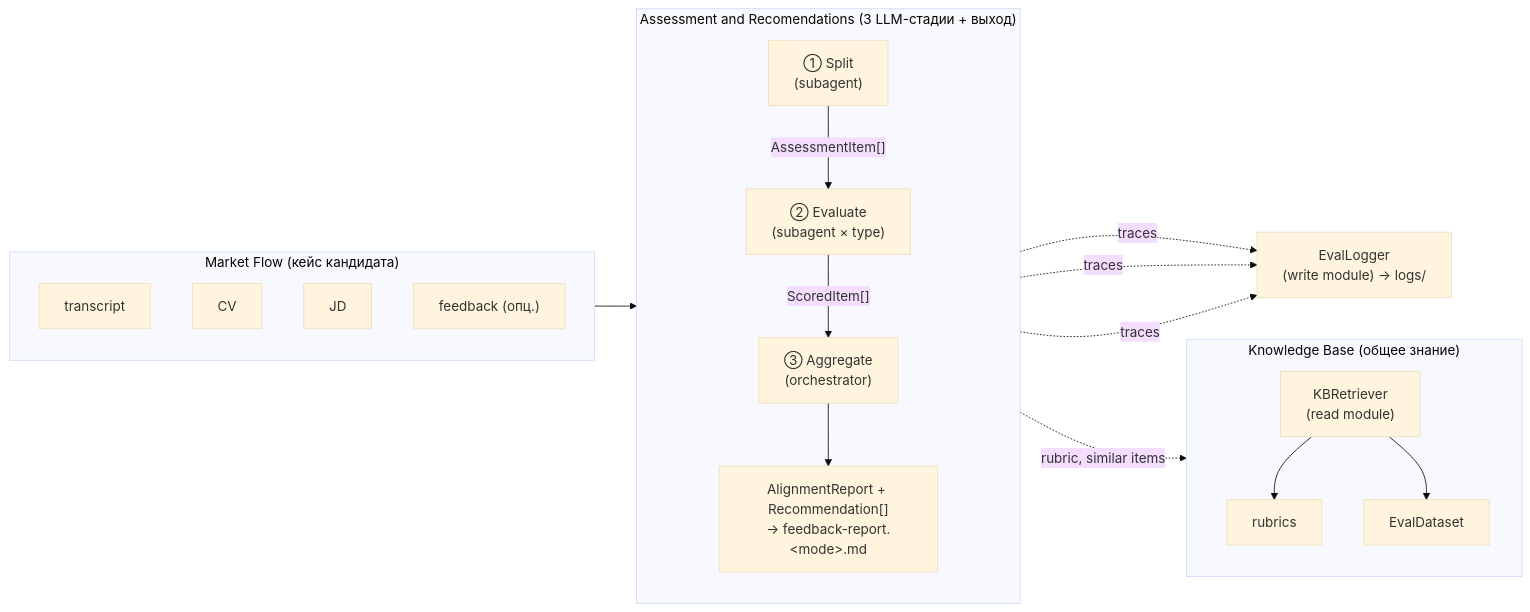
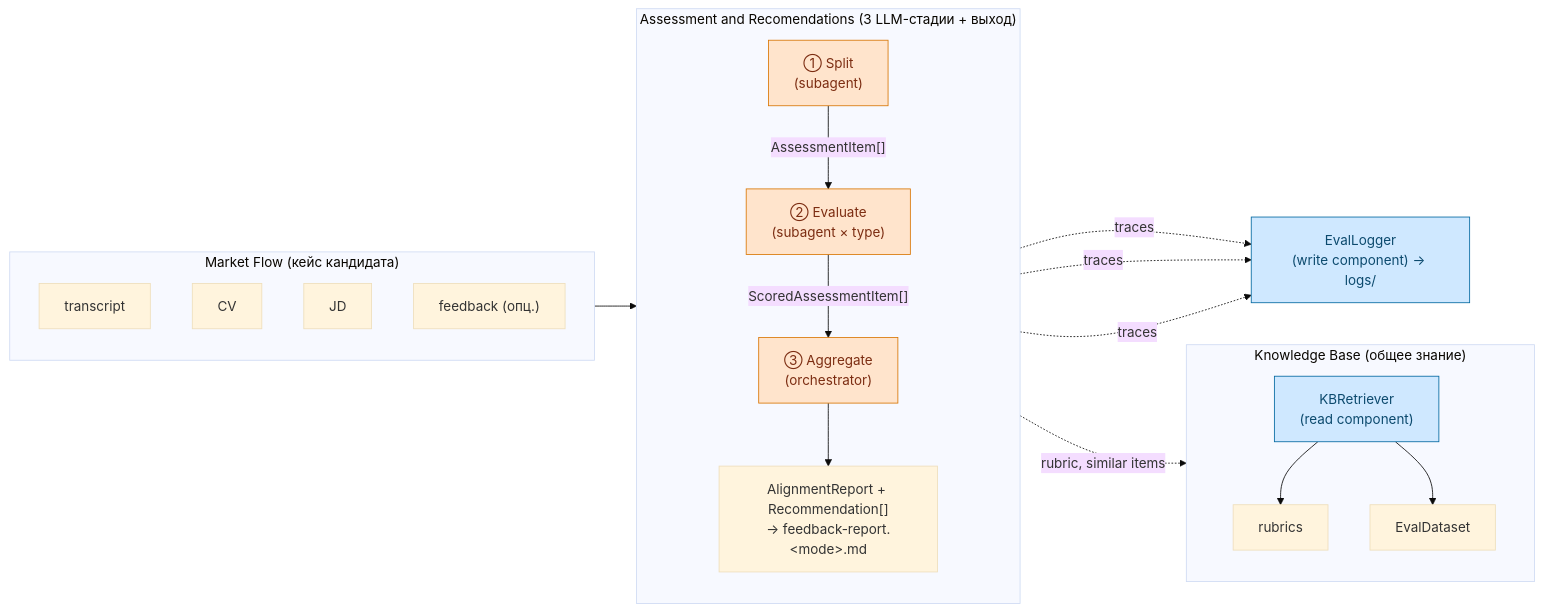
The diagram in md/arch_agents.md (margomrkv/interview-debrief-assistant), drawn with Mermaid (base theme) before and after one commit. The commit also changed other lines of this file and 1 other file, not shown here.

````diff
--- a/md/arch_agents.md
+++ b/md/arch_agents.md
@@ -69,40 +90,46 @@
 ```mermaid
 flowchart LR
     %% Левая граница: Market Flow (кейс)
     subgraph MF["Market Flow (кейс кандидата)"]
         direction TB
         MF_TR["transcript"]
         MF_CV["CV"]
         MF_JD["JD"]
         MF_FB["feedback (опц.)"]
     end
 
     %% Центр: AR-модуль (3 LLM-стадии + выход)
     subgraph AR["Assessment and Recomendations (3 LLM-стадии + выход)"]
         direction TB
         ST1["① Split<br/>(subagent)"]
         ST2["② Evaluate<br/>(subagent × type)"]
         ST3["③ Aggregate<br/>(orchestrator)"]
         OUT["AlignmentReport + Recommendation[]<br/>→ feedback-report.&lt;mode&gt;.md"]
         ST1 -- "AssessmentItem[]" --> ST2
-        ST2 -- "ScoredItem[]" --> ST3
+        ST2 -- "ScoredAssessmentItem[]" --> ST3
         ST3 --> OUT
     end
 
     %% Правая граница: Knowledge Base (общее)
     subgraph KB["Knowledge Base (общее знание)"]
         direction TB
-        KBR["KBRetriever<br/>(read module)"]
+        KBR["KBRetriever<br/>(read component)"]
         KB_R["rubrics"]
         KB_E["EvalDataset"]
         KBR --> KB_R
         KBR --> KB_E
     end
 
     %% Cross-cutting (write)
-    LOG["EvalLogger<br/>(write module) → logs/"]
+    LOG["EvalLogger<br/>(write component) → logs/"]
 
     MF --> ST1
     ST2 -. "rubric, similar items" .-> KBR
     ST1 & ST2 & ST3 -. "traces" .-> LOG
+
+    %% Тип компонента: агент (LLM) vs детерминированный компонент
+    classDef agent fill:#ffe4cc,stroke:#d97706,color:#7c2d12
+    classDef deterministic fill:#cfe8ff,stroke:#0369a1,color:#0c4a6e
+    class ST1,ST2,ST3 agent
+    class KBR,LOG deterministic
 ```
````
